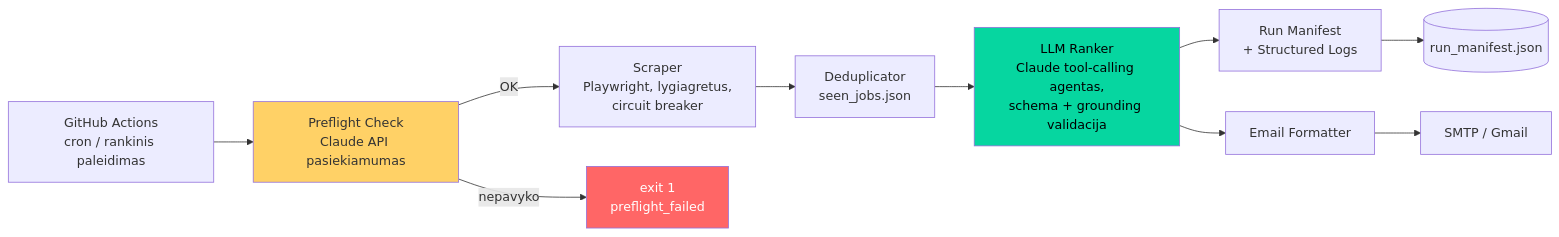
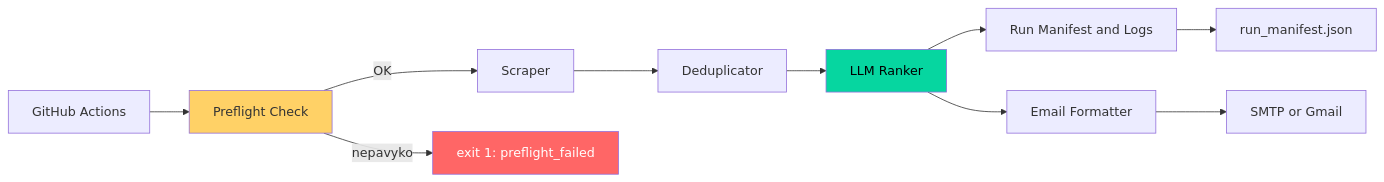
Before and after one commit to forevercornix/job-agent: the diagram in README.md, drawn with Mermaid. The commit also changed other lines of this file, not shown here.

Commit message:
readme update mermaid diagram

````diff
--- a/README.md
+++ b/README.md
@@ -46,16 +43,16 @@
 ```mermaid
 flowchart LR
-    A[GitHub Actions<br/>cron / rankinis paleidimas] --> B[Preflight Check<br/>Claude API pasiekiamumas]
-    B -->|OK| C[Scraper<br/>Playwright, lygiagretus,<br/>circuit breaker]
-    B -->|nepavyko| Z[exit 1<br/>preflight_failed]
-    C --> D[Deduplicator<br/>seen_jobs.json]
-    D --> E[LLM Ranker<br/>Claude tool-calling agentas,<br/>schema + grounding validacija]
-    E --> F[Run Manifest<br/>+ Structured Logs]
+    A[GitHub Actions] --> B[Preflight Check]
+    B -->|OK| C[Scraper]
+    B -->|nepavyko| Z[exit 1: preflight_failed]
+    C --> D[Deduplicator]
+    D --> E[LLM Ranker]
+    E --> F[Run Manifest and Logs]
     E --> G[Email Formatter]
-    G --> H[SMTP / Gmail]
-    F --> I[(run_manifest.json)]
+    G --> H[SMTP or Gmail]
+    F --> I[run_manifest.json]
 
     style Z fill:#f66,color:#fff
     style B fill:#ffd166
     style E fill:#06d6a0,color:#000
 ```
````
